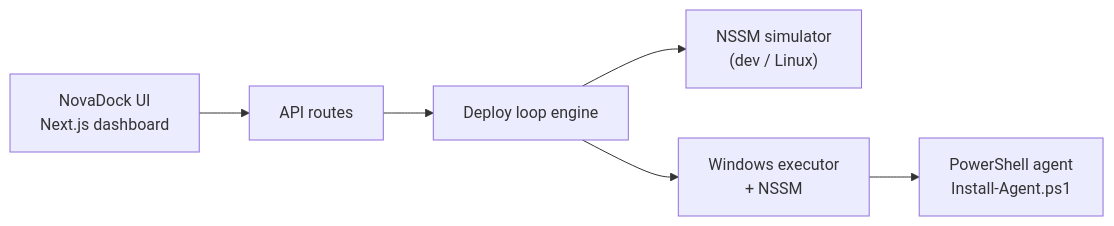
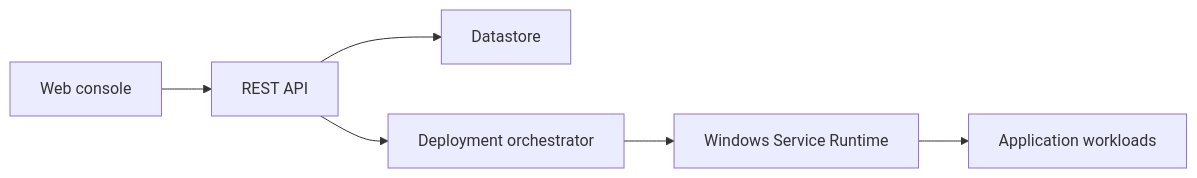
Before and after one commit to shivamongit/new: the diagram in README.md, drawn with Mermaid. The commit also changed other lines of this file and 29 other files, not shown here.

First line of the commit message:
Elevate NovaDock to enterprise product presentation

````diff
--- a/README.md
+++ b/README.md
@@ -65,14 +123,15 @@
 ```mermaid
 flowchart LR
-  UI["NovaDock UI<br/>Next.js dashboard"]
-  API["API routes"]
-  Loop["Deploy loop engine"]
-  Sim["NSSM simulator<br/>(dev / Linux)"]
-  Win["Windows executor<br/>+ NSSM"]
-  Agent["PowerShell agent<br/>Install-Agent.ps1"]
+  Console["Web console"]
+  API["REST API"]
+  Store["Datastore"]
+  Orchestrator["Deployment orchestrator"]
+  Runtime["Windows Service Runtime"]
+  Workloads["Application workloads"]
 
-  UI --> API --> Loop
-  Loop --> Sim
-  Loop --> Win
-  Win --> Agent
+  Console --> API
+  API --> Store
+  API --> Orchestrator
+  Orchestrator --> Runtime
+  Runtime --> Workloads
 ```
````
